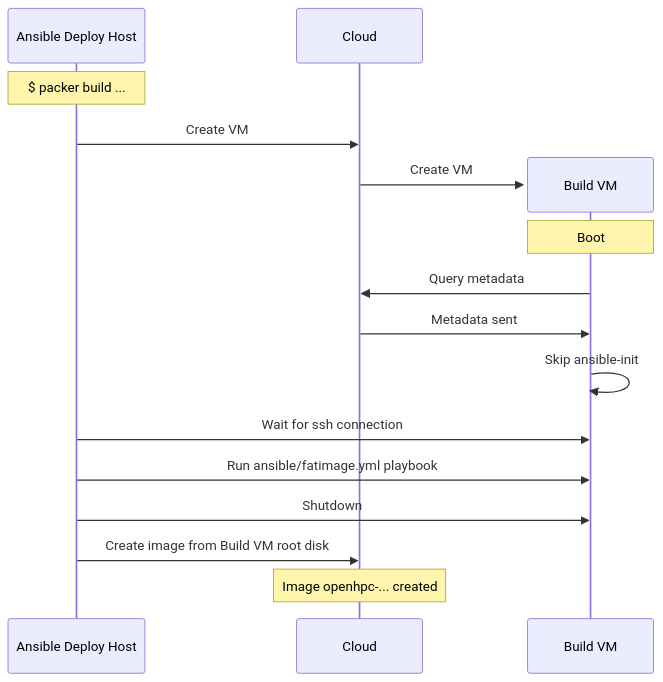
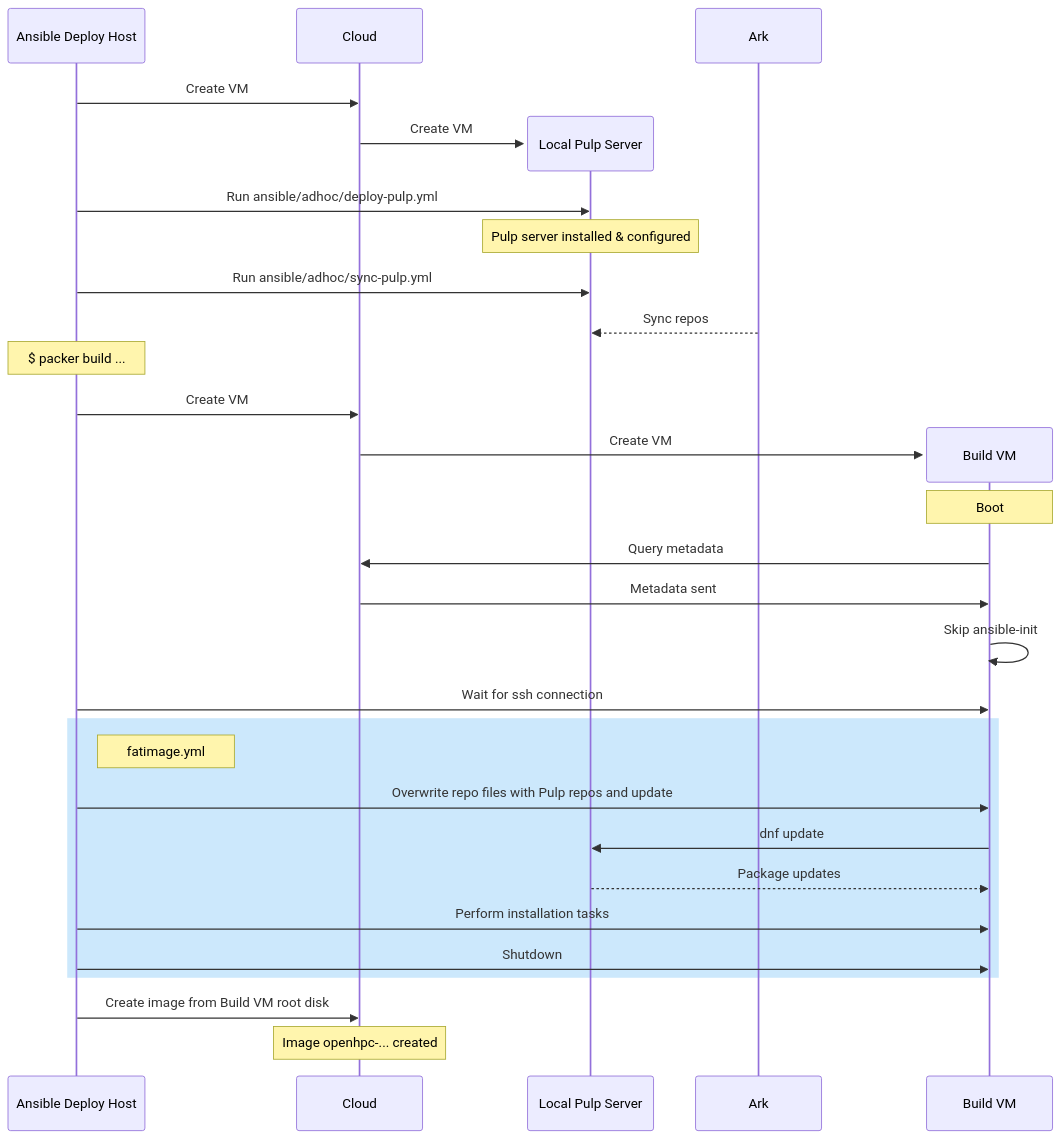
The diagram in docs/sequence.md (stackhpc/ansible-slurm-appliance), drawn with Mermaid before and after one commit.

Commit message:
Added release train to sequence diagram

````diff
--- a/docs/sequence.md
+++ b/docs/sequence.md
@@ -13,20 +13,34 @@
 ```mermaid
 sequenceDiagram
     participant ansible as Ansible Deploy Host
     participant cloud as Cloud
+    ansible->>cloud: Create VM
+    create participant pulp as Local Pulp Server
+    cloud->>pulp: Create VM
+    ansible->>pulp: Run ansible/adhoc/deploy-pulp.yml
+    note over pulp: Pulp server installed & configured
+    ansible->>pulp: Run ansible/adhoc/sync-pulp.yml # needs to point at ark too somehow
+    participant ark as Ark
+    ark-->>pulp: Sync repos
     note over ansible: $ packer build ...
     ansible->>cloud: Create VM
     create participant packer as Build VM
     cloud->>packer: Create VM
     note over packer: Boot
     packer->>cloud: Query metadata
     cloud->>packer: Metadata sent
     packer->>packer: Skip ansible-init
     ansible->>packer: Wait for ssh connection
-    ansible->>packer: Run ansible/fatimage.yml playbook
+    rect rgb(204, 232, 252)
+    note right of ansible: fatimage.yml
+    ansible->>packer: Overwrite repo files with Pulp repos and update
+    packer->>pulp: dnf update
+    pulp-->>packer: Package updates
+    ansible->>packer: Perform installation tasks
     ansible->>packer: Shutdown
+    end
     ansible->>cloud: Create image from Build VM root disk
     destroy packer
     note over cloud: Image openhpc-... created
 
 ```
````
